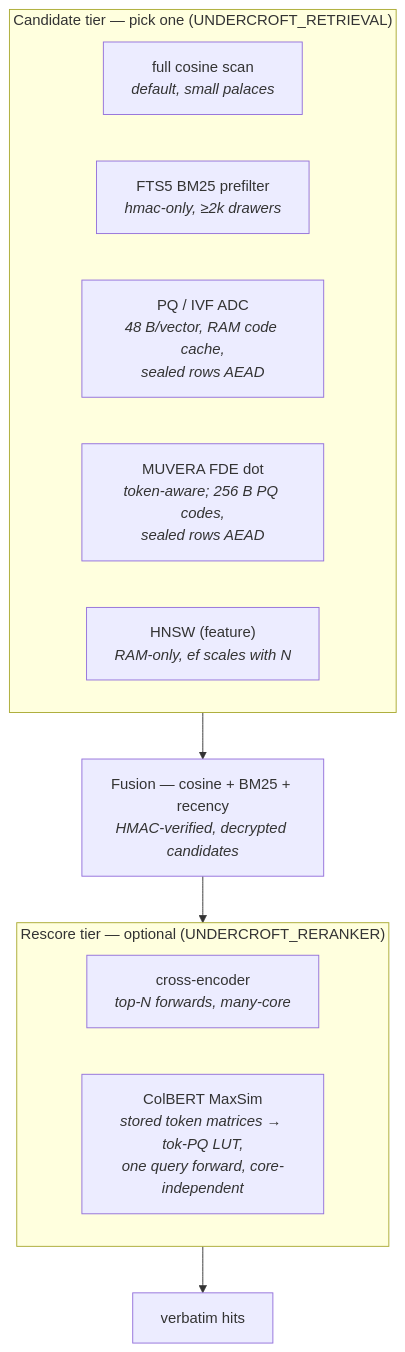
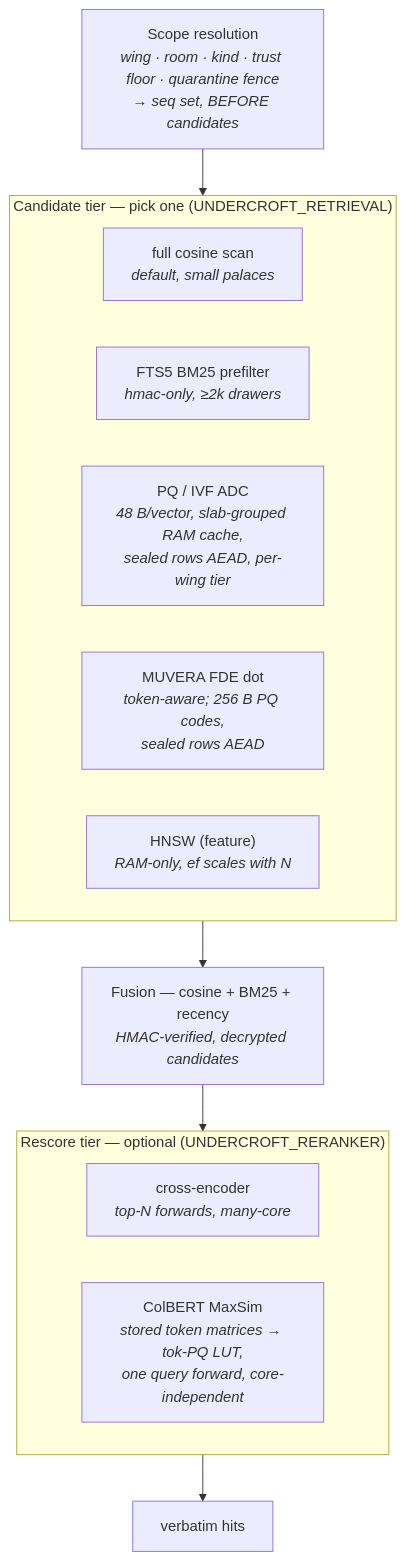
The diagram in docs/RETRIEVAL_SCALING.md (sealcroft/undercroft), drawn with Mermaid before and after one commit. The commit also changed other lines of this file and 4 other files, not shown here.

````diff
--- a/docs/RETRIEVAL_SCALING.md
+++ b/docs/RETRIEVAL_SCALING.md
@@ -23,17 +43,18 @@
 ```mermaid
 flowchart TB
+    scope["Scope resolution<br/><i>wing · room · kind · trust floor · quarantine fence<br/>→ seq set, BEFORE candidates</i>"] --> c
     subgraph c["Candidate tier — pick one (UNDERCROFT_RETRIEVAL)"]
         scan["full cosine scan<br/><i>default, small palaces</i>"]
         ftsx["FTS5 BM25 prefilter<br/><i>hmac-only, ≥2k drawers</i>"]
-        pqx["PQ / IVF ADC<br/><i>48 B/vector, RAM code cache,<br/>sealed rows AEAD</i>"]
+        pqx["PQ / IVF ADC<br/><i>48 B/vector, slab-grouped RAM cache,<br/>sealed rows AEAD, per-wing tier</i>"]
         fdex["MUVERA FDE dot<br/><i>token-aware; 256 B PQ codes,<br/>sealed rows AEAD</i>"]
         hnswx["HNSW (feature)<br/><i>RAM-only, ef scales with N</i>"]
     end
     c --> fusion["Fusion — cosine + BM25 + recency<br/><i>HMAC-verified, decrypted candidates</i>"]
     fusion --> r
     subgraph r["Rescore tier — optional (UNDERCROFT_RERANKER)"]
         cex["cross-encoder<br/><i>top-N forwards, many-core</i>"]
         msx["ColBERT MaxSim<br/><i>stored token matrices → tok-PQ LUT,<br/>one query forward, core-independent</i>"]
     end
     r --> hits["verbatim hits"]
 ```
````
